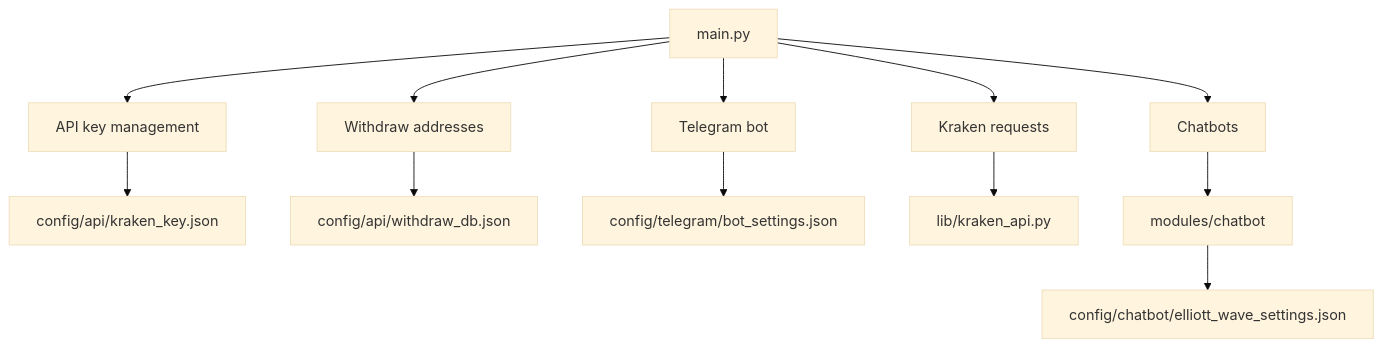
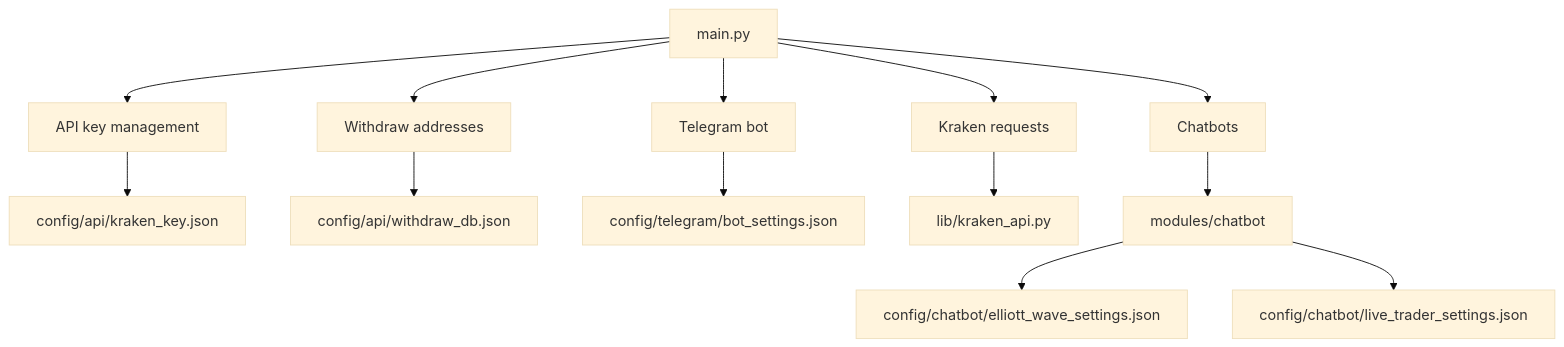
The diagram in docs/overview.md (Freddyslim/krakenbot), drawn with Mermaid (base theme) before and after one commit. The commit also changed other lines of this file and 6 other files, not shown here.

Commit message:
Add LiveTraderBot and API usage docs

````diff
--- a/docs/overview.md
+++ b/docs/overview.md
@@ -3,14 +3,15 @@
 ```mermaid
 flowchart TD
     A[main.py] --> B[API key management]
     A --> C[Withdraw addresses]
     A --> D[Kraken requests]
     A --> E[Telegram bot]
     A --> J[Chatbots]
     B --> F[config/api/kraken_key.json]
     C --> G[config/api/withdraw_db.json]
     E --> H[config/telegram/bot_settings.json]
     D --> I[lib/kraken_api.py]
     J --> K[modules/chatbot]
     K --> L[config/chatbot/elliott_wave_settings.json]
+    K --> M[config/chatbot/live_trader_settings.json]
 ```
````
